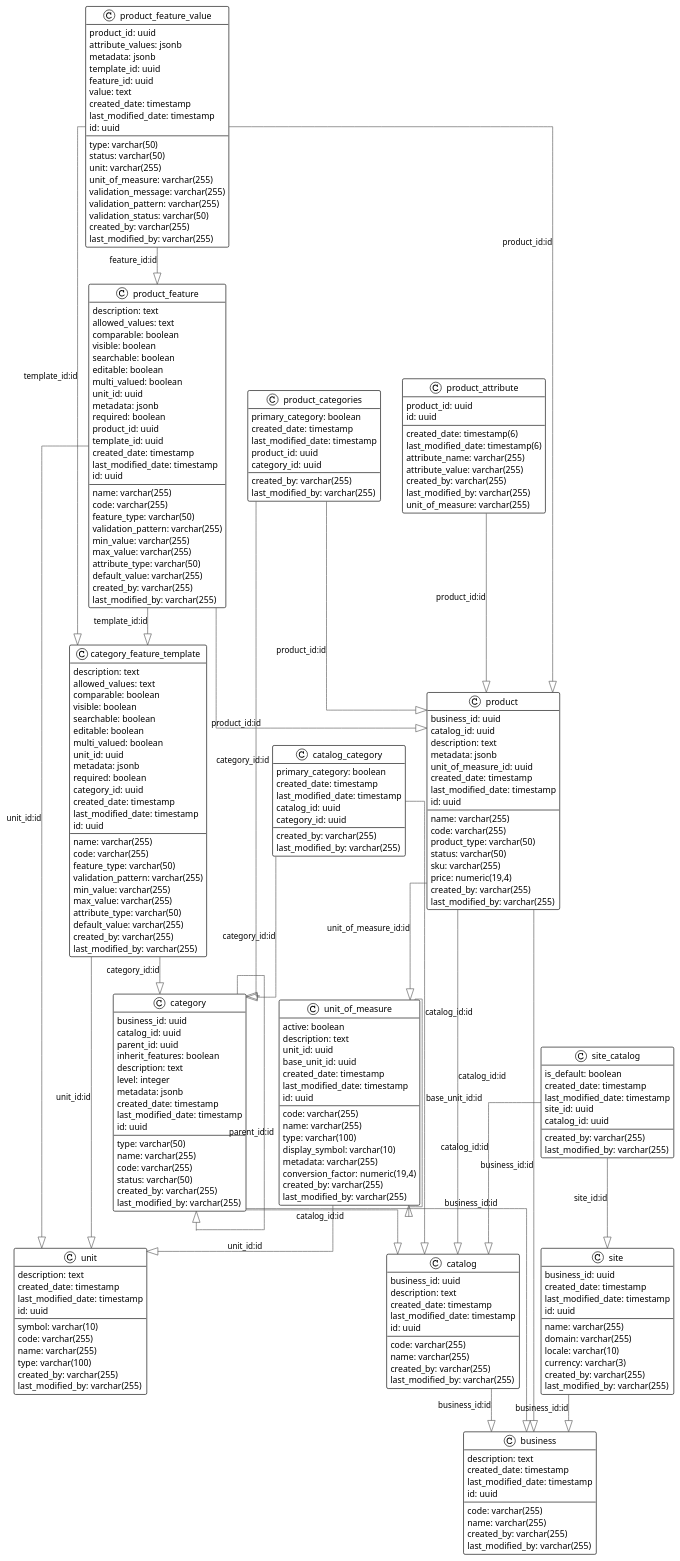
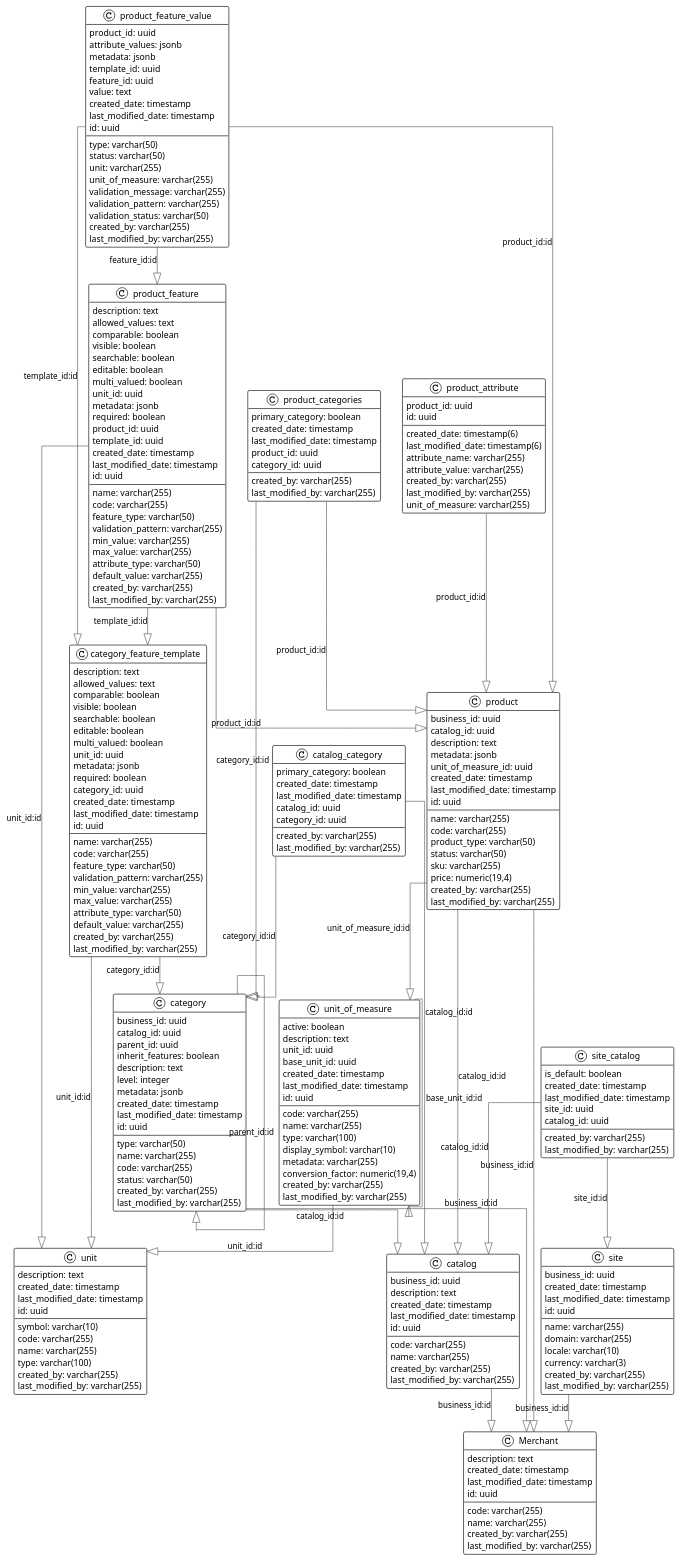
One commit to pponali/catalog-sql changed the diagram in ER Diagrams/business.plantuml. Above: the diagram before and after it, drawn with PlantUML. The commit also changed 226 other files, not shown here.

```diff
--- a/ER Diagrams/business.plantuml
+++ b/ER Diagrams/business.plantuml
@@ -4,7 +4,7 @@
 top to bottom direction
 skinparam linetype ortho
 
-class business {
+class Merchant {
    code: varchar(255)
    name: varchar(255)
    description: text
@@ -214,15 +214,15 @@
    id: uuid
 }
 
-catalog                    -[#595959,plain]-^  business                  : "business_id:id"
+catalog                    -[#595959,plain]-^  Merchant                  : "business_id:id"
 catalog_category           -[#595959,plain]-^  catalog                   : "catalog_id:id"
 catalog_category           -[#595959,plain]-^  category                  : "category_id:id"
-category                   -[#595959,plain]-^  business                  : "business_id:id"
+category                   -[#595959,plain]-^  Merchant                  : "business_id:id"
 category                   -[#595959,plain]-^  catalog                   : "catalog_id:id"
 category                   -[#595959,plain]-^  category                  : "parent_id:id"
 category_feature_template  -[#595959,plain]-^  category                  : "category_id:id"
 category_feature_template  -[#595959,plain]-^  unit                      : "unit_id:id"
-product                    -[#595959,plain]-^  business                  : "business_id:id"
+product                    -[#595959,plain]-^  Merchant                  : "business_id:id"
 product                    -[#595959,plain]-^  catalog                   : "catalog_id:id"
 product                    -[#595959,plain]-^  unit_of_measure           : "unit_of_measure_id:id"
 product_attribute          -[#595959,plain]-^  product                   : "product_id:id"
@@ -234,7 +234,7 @@
 product_feature_value      -[#595959,plain]-^  category_feature_template : "template_id:id"
 product_feature_value      -[#595959,plain]-^  product                   : "product_id:id"
 product_feature_value      -[#595959,plain]-^  product_feature           : "feature_id:id"
-site                       -[#595959,plain]-^  business                  : "business_id:id"
+site                       -[#595959,plain]-^  Merchant                  : "business_id:id"
 site_catalog               -[#595959,plain]-^  catalog                   : "catalog_id:id"
 site_catalog               -[#595959,plain]-^  site                      : "site_id:id"
 unit_of_measure            -[#595959,plain]-^  unit                      : "unit_id:id"
```
